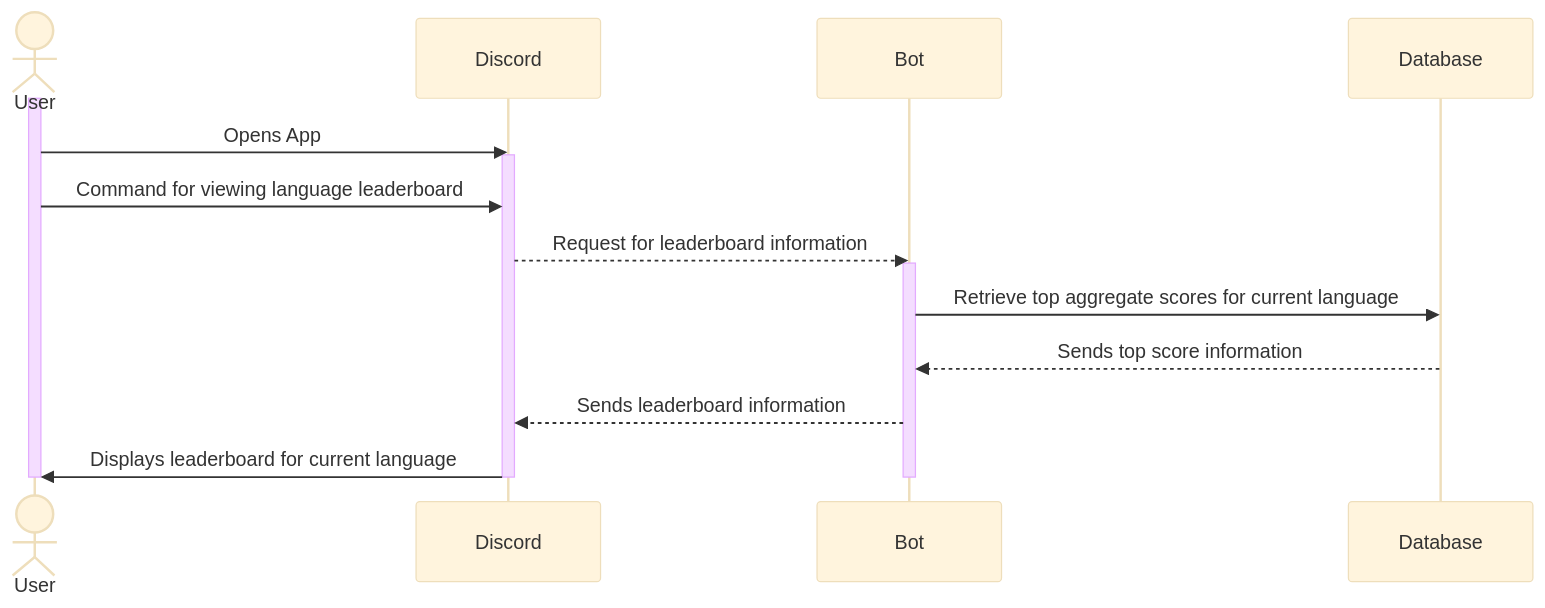
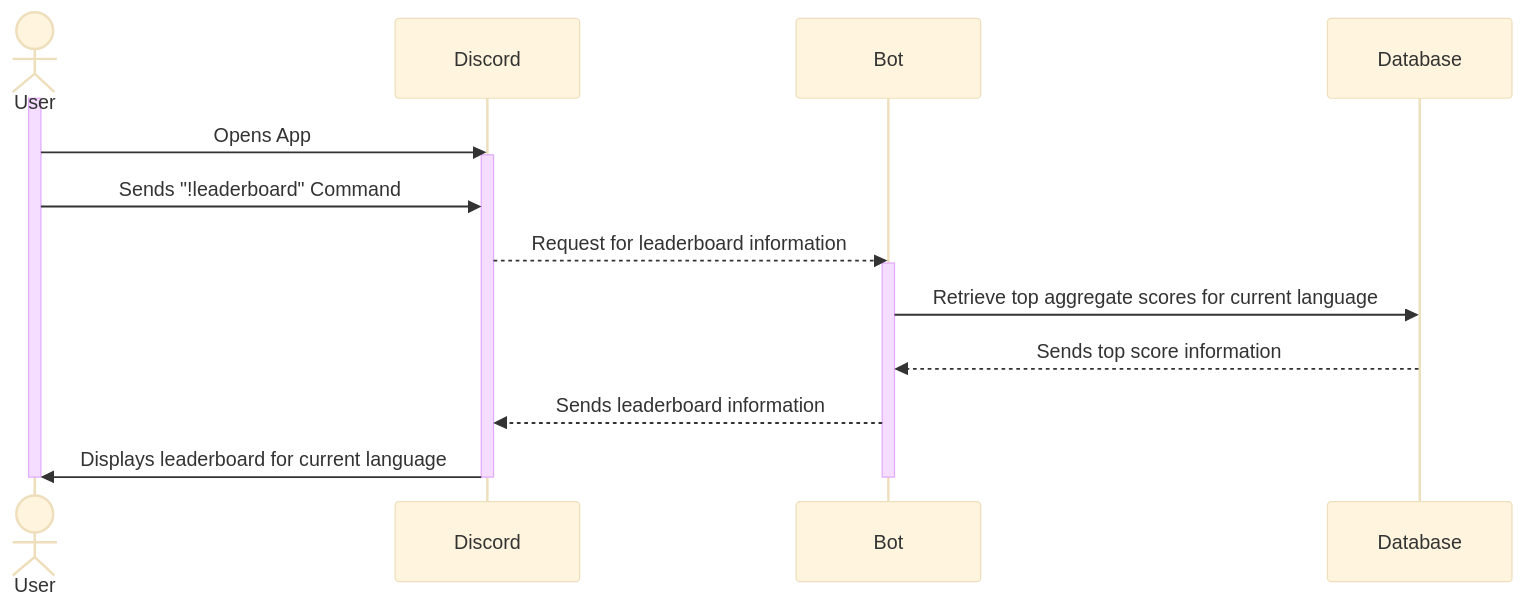
One commit to Capstone-Projects-2023-Fall/project-language-learning-discord-bot changed the fifth of 6 diagrams in documentation/docs/system-architecture/sequence-diagrams.md. Above: the diagram before and after it, drawn with Mermaid (base theme). The commit also changed other lines of this file, not shown here.

Commit message:
Revised sequence-diagrams.md

````diff
--- a/documentation/docs/system-architecture/sequence-diagrams.md
+++ b/documentation/docs/system-architecture/sequence-diagrams.md
@@ -188,22 +208,22 @@
 ```mermaid
 sequenceDiagram
     actor U as User
     participant D as Discord
     participant B as Bot
     participant DB as Database
     
     activate U
     U->>D: Opens App
     activate D
-    U->>D: Command for viewing language leaderboard
+    U->>D: Sends "!leaderboard" Command
     D-->>B: Request for leaderboard information
     activate B
     B->>DB: Retrieve top aggregate scores for current language
     DB-->>B: Sends top score information
     B-->>D: Sends leaderboard information
     D->>U: Displays leaderboard for current language
     deactivate B
     deactivate D
     deactivate U
 
 ```
````
